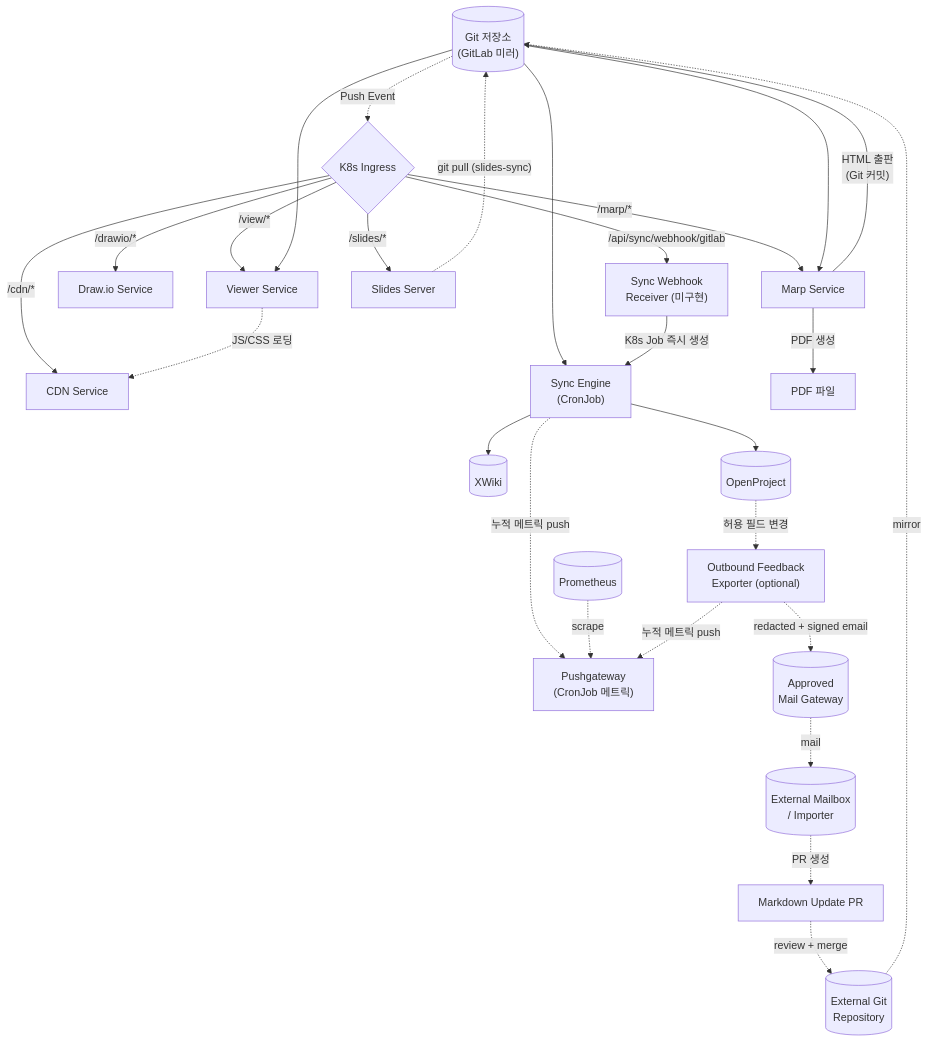
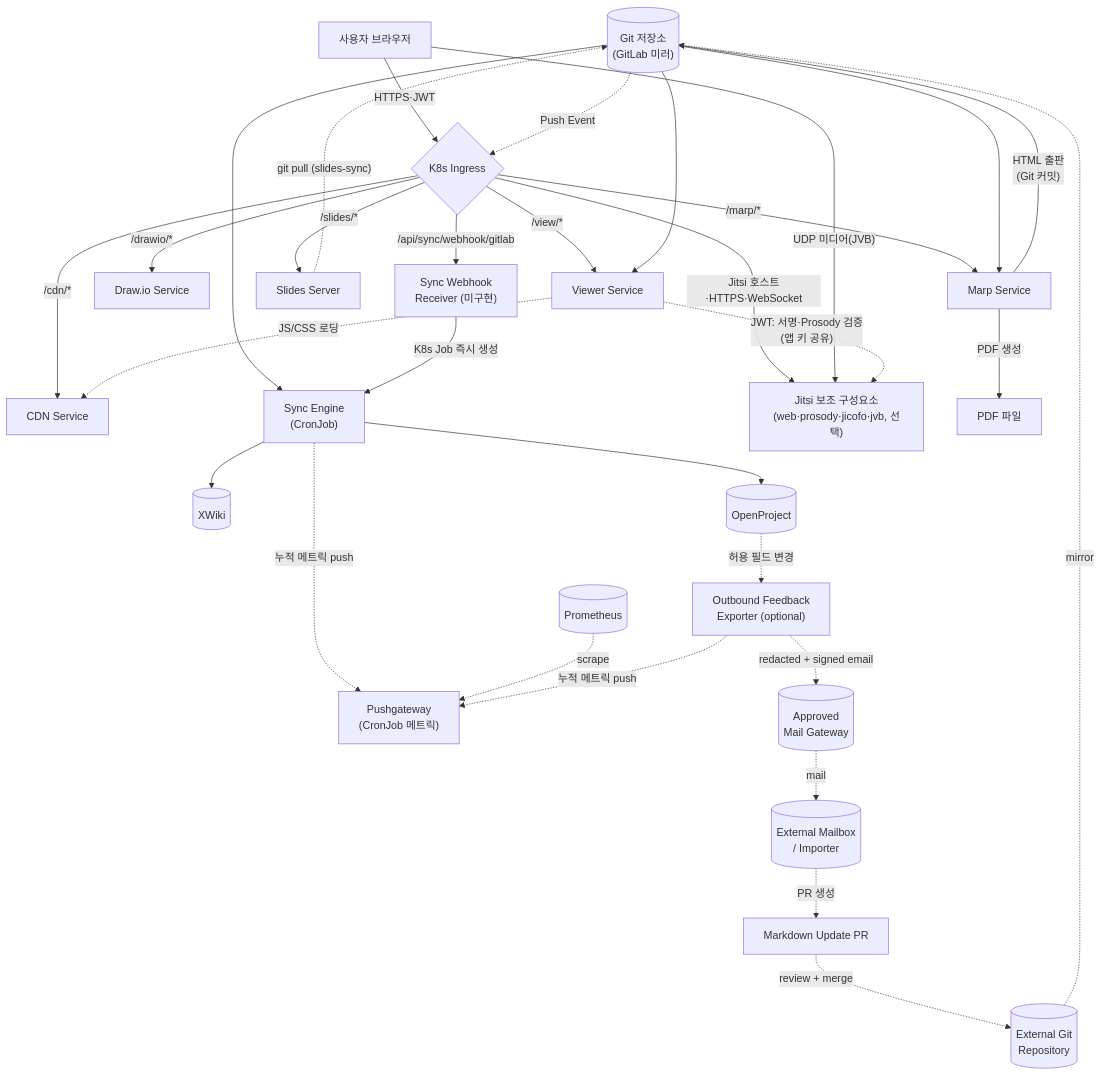
Before and after one commit to sch0718/synctx: the first of 6 diagrams in docs/architecture.md, drawn with Mermaid. The commit also changed other lines of this file and 73 other files, not shown here.

````diff
--- a/docs/architecture.md
+++ b/docs/architecture.md
@@ -22,57 +23,63 @@
 ```mermaid
 flowchart TB
     GitLab[("Git 저장소<br>(GitLab 미러)")]
     Ingress{"K8s Ingress"}
 
     Viewer["Viewer Service"]
     CDN["CDN Service"]
     Drawio["Draw.io Service"]
     Marp["Marp Service"]
     Slides["Slides Server"]
     SyncWebhook["Sync Webhook<br>Receiver (미구현)"]
     Sync["Sync Engine<br>(CronJob)"]
+    Jitsi["Jitsi 보조 구성요소<br>(web·prosody·jicofo·jvb, 선택)"]
+    Browser["사용자 브라우저"]
+    Browser -- "HTTPS·JWT" --> Ingress
+    Ingress -- "Jitsi 호스트·HTTPS·WebSocket" --> Jitsi
+    Browser -- "UDP 미디어(JVB)" --> Jitsi
+    Viewer -. "JWT: 서명·Prosody 검증<br>(앱 키 공유)" .-> Jitsi
     Pushgateway["Pushgateway<br>(CronJob 메트릭)"]
     Prometheus[("Prometheus")]
     Feedback["Outbound Feedback<br>Exporter (optional)"]
     MailGateway[("Approved<br>Mail Gateway")]
     ExternalInbox[("External Mailbox<br>/ Importer")]
     PR["Markdown Update PR"]
     ExternalGit[("External Git<br>Repository")]
 
     XWiki[("XWiki")]
     OP[("OpenProject")]
 
     GitLab -. "Push Event" .-> Ingress
 
     Ingress -- "/view/*" --> Viewer
     Ingress -- "/cdn/*" --> CDN
     Ingress -- "/slides/*" --> Slides
     Ingress -- "/marp/*" --> Marp
     Ingress -- "/drawio/*" --> Drawio
     Ingress -- "/api/sync/webhook/gitlab" --> SyncWebhook
 
     GitLab --> Viewer
     GitLab --> Marp
     GitLab --> Sync
 
     Viewer -. "JS/CSS 로딩" .-> CDN
 
     Marp -- "PDF 생성" --> PDF["PDF 파일"]
     Marp -- "HTML 출판<br>(Git 커밋)" --> GitLab
 
     Slides -. "git pull (slides-sync)" .-> GitLab
 
     SyncWebhook -- "K8s Job 즉시 생성" --> Sync
     Sync --> XWiki
     Sync --> OP
     Sync -. "누적 메트릭 push" .-> Pushgateway
     Prometheus -. "scrape" .-> Pushgateway
 
     OP -. "허용 필드 변경" .-> Feedback
     Feedback -. "redacted + signed email" .-> MailGateway
     Feedback -. "누적 메트릭 push" .-> Pushgateway
     MailGateway -. "mail" .-> ExternalInbox
     ExternalInbox -. "PR 생성" .-> PR
     PR -. "review + merge" .-> ExternalGit
     ExternalGit -. "mirror" .-> GitLab
 ```
````
